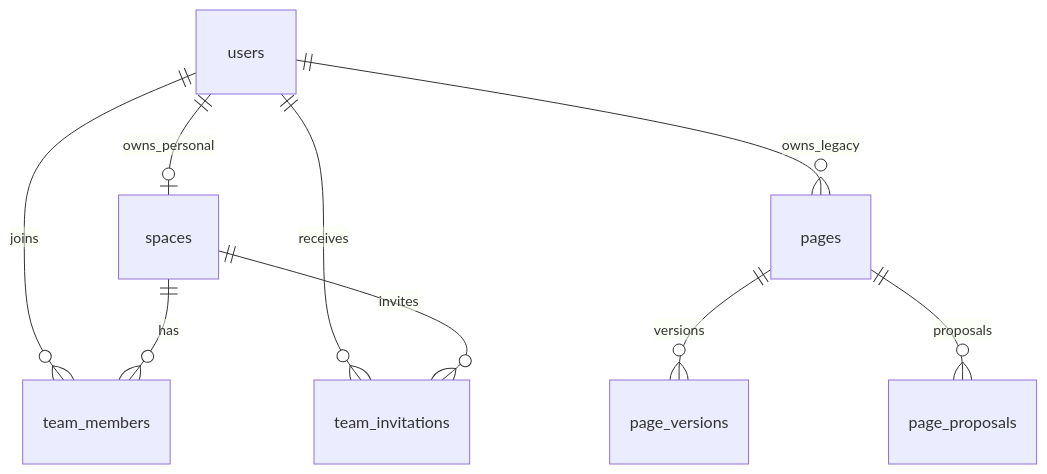
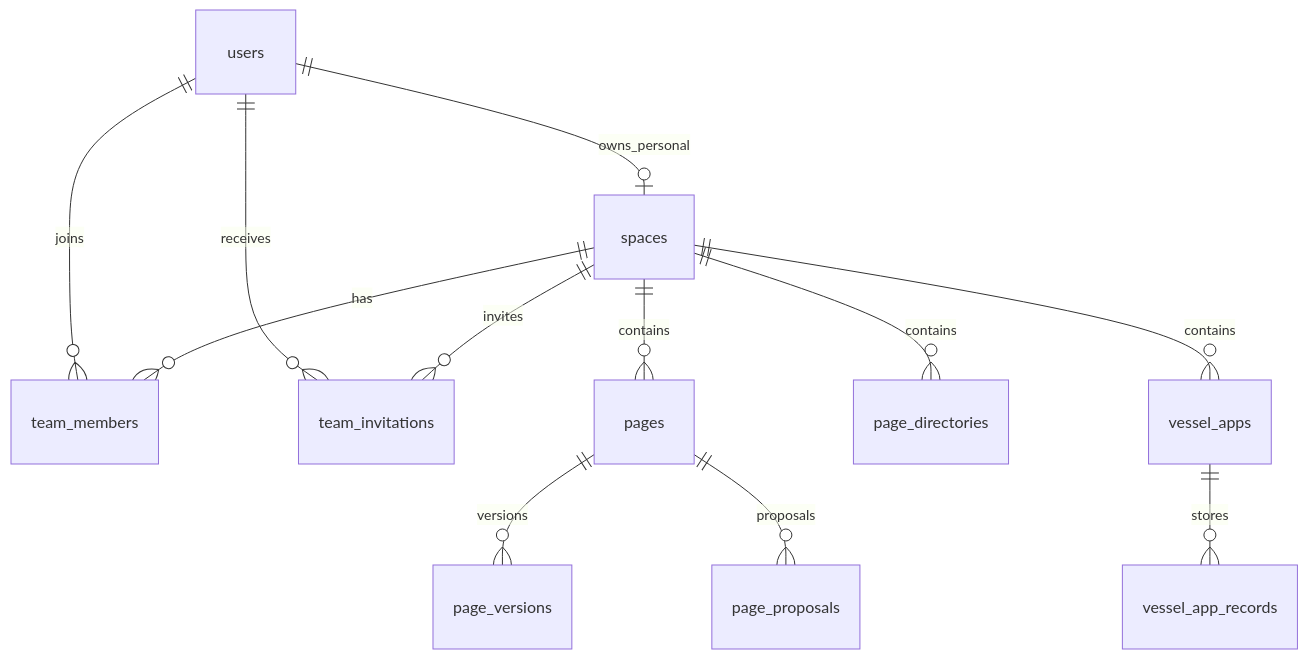
The diagram in docs/db-schema.md (brightman/vessel), drawn with Mermaid before and after one commit. The commit also changed other lines of this file and 30 other files, not shown here.

Commit message:
feat: integrate space-owned Pages and Apps tables

````diff
--- a/docs/db-schema.md
+++ b/docs/db-schema.md
@@ -11,11 +11,14 @@
 ```mermaid
 erDiagram
   users ||--o| spaces : owns_personal
   users ||--o{ team_members : joins
   spaces ||--o{ team_members : has
   users ||--o{ team_invitations : receives
   spaces ||--o{ team_invitations : invites
-  users ||--o{ pages : owns_legacy
+  spaces ||--o{ pages : contains
+  spaces ||--o{ page_directories : contains
+  spaces ||--o{ vessel_apps : contains
+  vessel_apps ||--o{ vessel_app_records : stores
   pages ||--o{ page_versions : versions
   pages ||--o{ page_proposals : proposals
 ```
````
